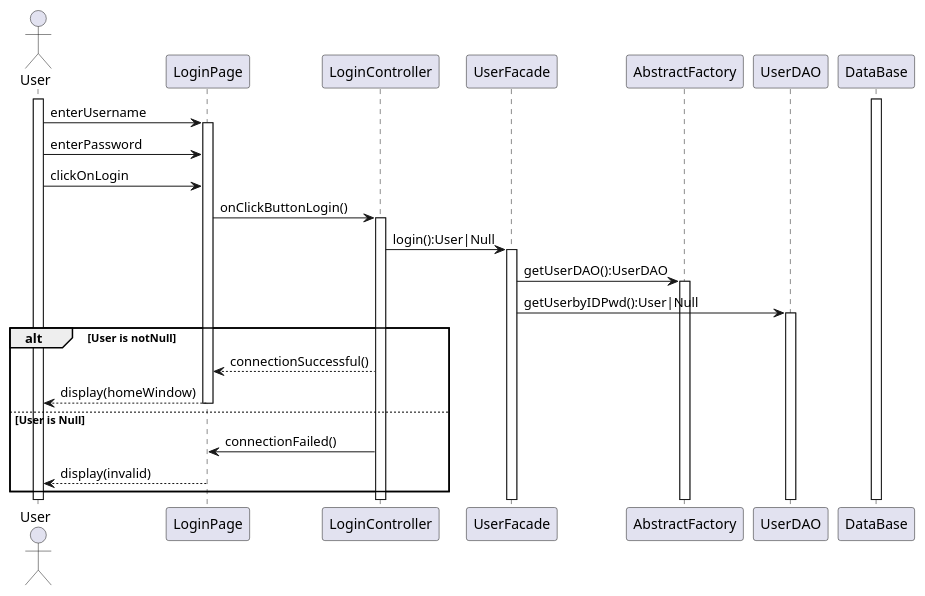
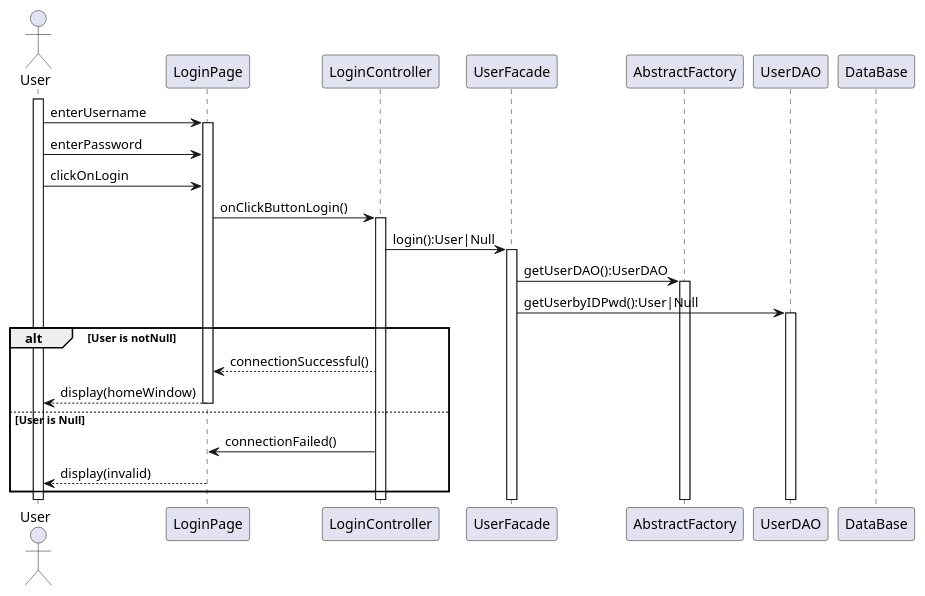
One commit to iusildra/WineCellar changed the diagram in doc/reports/prototype/plantuml/loginSequence.plantuml. Above: the diagram before and after it, drawn with PlantUML. The commit also changed 6 other files, not shown here.

```diff
--- a/doc/reports/prototype/plantuml/loginSequence.plantuml
+++ b/doc/reports/prototype/plantuml/loginSequence.plantuml
@@ -1,31 +1,31 @@
-@startuml
+@startuml loginSequence
 skinparam responseMessageBelowArrow true
 
 actor User
 participant LoginPage
 participant LoginController
 participant UserFacade
 participant AbstractFactory
 participant UserDAO
 participant DataBase
 
 activate User
-activate DataBase
+' activate DataBase
 
 User -> LoginPage++: enterUsername
 User -> LoginPage: enterPassword
 User -> LoginPage: clickOnLogin
 LoginPage -> LoginController++: onClickButtonLogin()
 LoginController -> UserFacade++: login():User|Null
 UserFacade -> AbstractFactory++: getUserDAO():UserDAO
 UserFacade -> UserDAO++: getUserbyIDPwd():User|Null
 
 alt User is notNull
     LoginController --> LoginPage: connectionSuccessful()
     LoginPage --> User--: display(homeWindow)
 else User is Null
     LoginController -> LoginPage: connectionFailed()
     LoginPage --> User--: display(invalid)
 end
 
 @enduml
```
